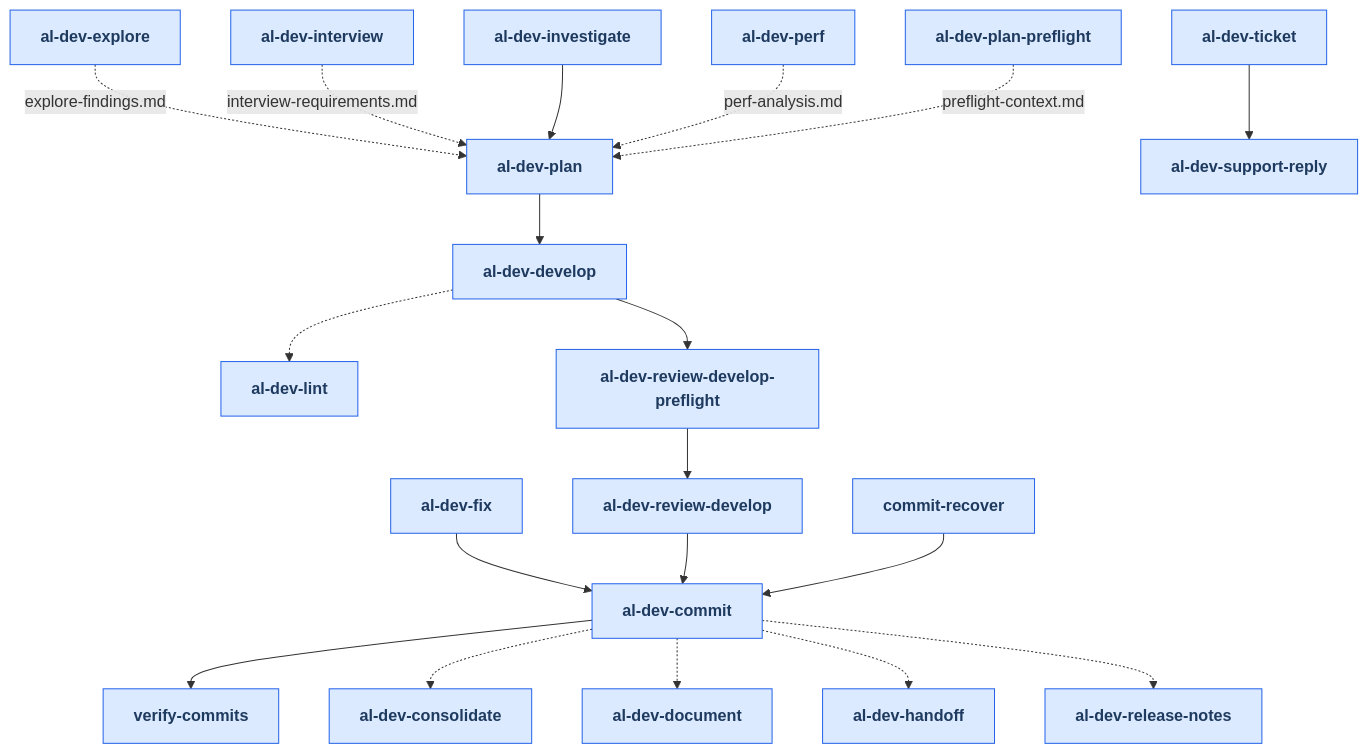
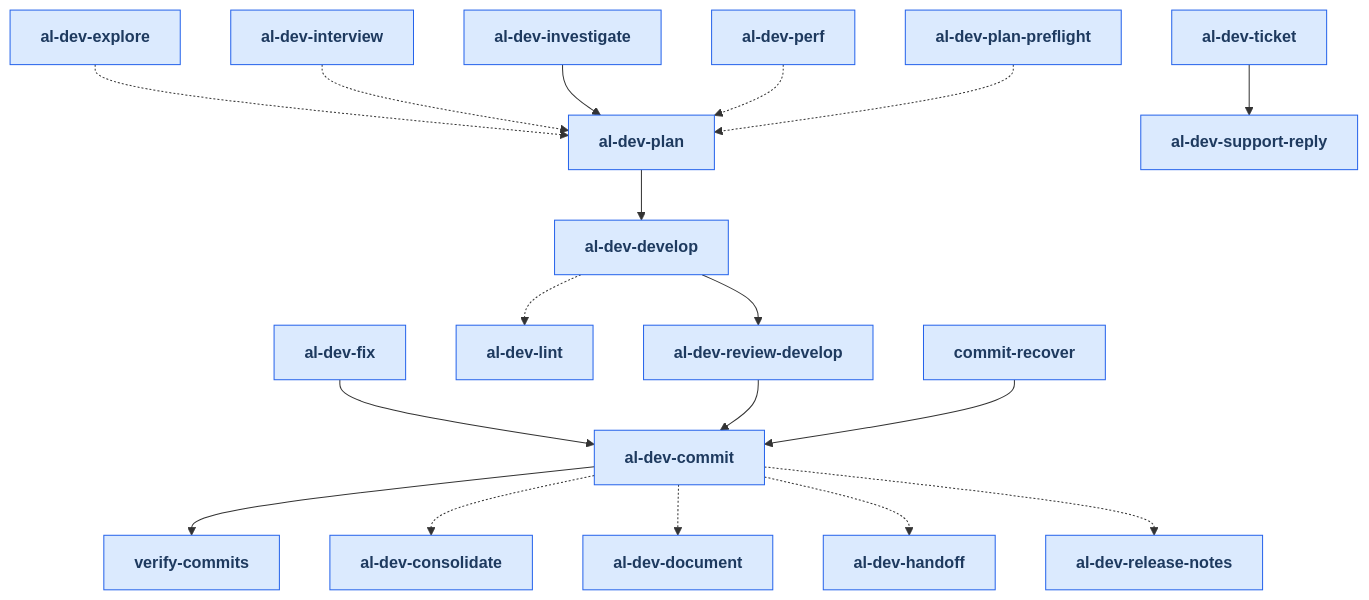
The first of 27 diagrams in docs/al-dev-skills-map.md (russell-laing/al-dev-shared), drawn with Mermaid before and after one commit. The commit also changed other lines of this file and 3 other files, not shown here.

````diff
--- a/docs/al-dev-skills-map.md
+++ b/docs/al-dev-skills-map.md
@@ -17,64 +17,61 @@
 ```mermaid
 flowchart TD
     classDef skillNode fill:#dbeafe,stroke:#2563eb,color:#1e3a5f,font-weight:bold
     skill_al_dev_commit[al-dev-commit]
     skill_al_dev_consolidate[al-dev-consolidate]
     skill_al_dev_develop[al-dev-develop]
     skill_al_dev_document[al-dev-document]
     skill_al_dev_explore[al-dev-explore]
     skill_al_dev_fix[al-dev-fix]
     skill_al_dev_handoff[al-dev-handoff]
     skill_al_dev_interview[al-dev-interview]
     skill_al_dev_investigate[al-dev-investigate]
     skill_al_dev_lint[al-dev-lint]
     skill_al_dev_perf[al-dev-perf]
     skill_al_dev_plan[al-dev-plan]
     skill_al_dev_plan_preflight[al-dev-plan-preflight]
     skill_al_dev_release_notes[al-dev-release-notes]
     skill_al_dev_review_develop[al-dev-review-develop]
-    skill_al_dev_review_develop_preflight[al-dev-review-develop-preflight]
     skill_al_dev_support_reply[al-dev-support-reply]
     skill_al_dev_ticket[al-dev-ticket]
     skill_commit_recover[commit-recover]
     skill_verify_commits[verify-commits]
 
     skill_al_dev_commit --> skill_verify_commits
     skill_al_dev_commit -.-> skill_al_dev_consolidate
     skill_al_dev_commit -.-> skill_al_dev_document
     skill_al_dev_commit -.-> skill_al_dev_handoff
     skill_al_dev_commit -.-> skill_al_dev_release_notes
-    skill_al_dev_develop --> skill_al_dev_review_develop_preflight
+    skill_al_dev_develop --> skill_al_dev_review_develop
     skill_al_dev_develop -.-> skill_al_dev_lint
-    skill_al_dev_review_develop_preflight --> skill_al_dev_review_develop
-    skill_al_dev_explore -.->|explore-findings.md| skill_al_dev_plan
+    skill_al_dev_explore -.-> skill_al_dev_plan
     skill_al_dev_fix --> skill_al_dev_commit
-    skill_al_dev_interview -.->|interview-requirements.md| skill_al_dev_plan
+    skill_al_dev_interview -.-> skill_al_dev_plan
     skill_al_dev_investigate --> skill_al_dev_plan
-    skill_al_dev_perf -.->|perf-analysis.md| skill_al_dev_plan
+    skill_al_dev_perf -.-> skill_al_dev_plan
     skill_al_dev_plan --> skill_al_dev_develop
-    skill_al_dev_plan_preflight -.->|preflight-context.md| skill_al_dev_plan
+    skill_al_dev_plan_preflight -.-> skill_al_dev_plan
     skill_al_dev_review_develop --> skill_al_dev_commit
     skill_al_dev_ticket --> skill_al_dev_support_reply
     skill_commit_recover --> skill_al_dev_commit
 
     class skill_al_dev_commit skillNode
     class skill_al_dev_consolidate skillNode
     class skill_al_dev_develop skillNode
     class skill_al_dev_document skillNode
     class skill_al_dev_explore skillNode
     class skill_al_dev_fix skillNode
     class skill_al_dev_handoff skillNode
     class skill_al_dev_interview skillNode
     class skill_al_dev_investigate skillNode
     class skill_al_dev_lint skillNode
     class skill_al_dev_perf skillNode
     class skill_al_dev_plan skillNode
     class skill_al_dev_plan_preflight skillNode
     class skill_al_dev_release_notes skillNode
     class skill_al_dev_review_develop skillNode
-    class skill_al_dev_review_develop_preflight skillNode
     class skill_al_dev_support_reply skillNode
     class skill_al_dev_ticket skillNode
     class skill_commit_recover skillNode
     class skill_verify_commits skillNode
 ```
````
